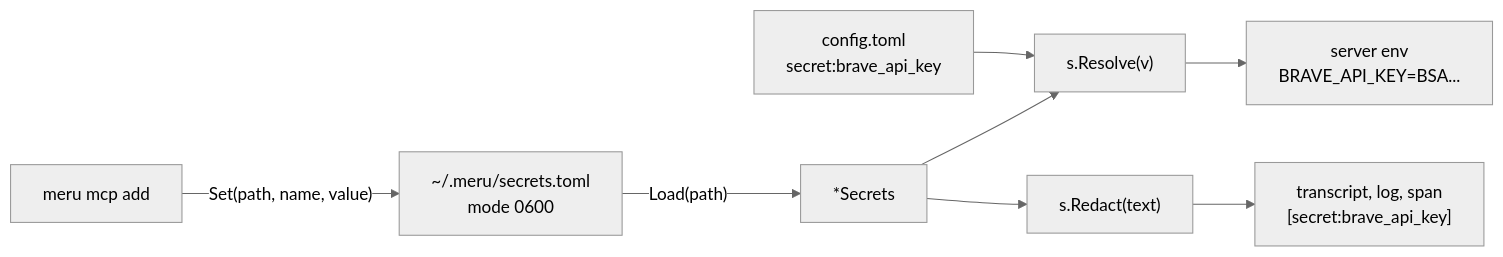
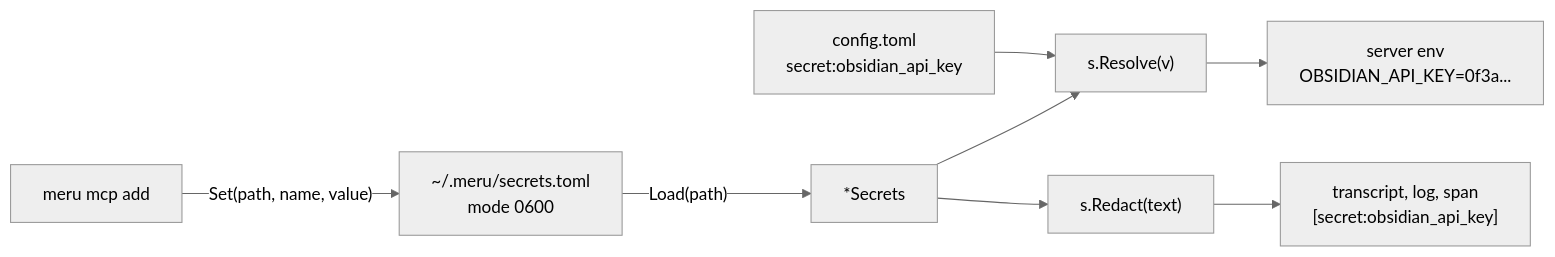
One commit to aarora79/meru changed the diagram in docs/coding-notes/secrets.md. Above: the diagram before and after it, drawn with Mermaid (neutral theme). The commit also changed other lines of this file and 51 other files, not shown here.

````diff
--- a/docs/coding-notes/secrets.md
+++ b/docs/coding-notes/secrets.md
@@ -32,10 +32,10 @@
 ```mermaid
 flowchart LR
     you["meru mcp add"] -- "Set(path, name, value)" --> file["~/.meru/secrets.toml<br/>mode 0600"]
     file -- "Load(path)" --> s["*Secrets"]
-    cfg["config.toml<br/>secret:brave_api_key"] --> r["s.Resolve(v)"]
+    cfg["config.toml<br/>secret:obsidian_api_key"] --> r["s.Resolve(v)"]
     s --> r
-    r --> child["server env<br/>BRAVE_API_KEY=BSA..."]
+    r --> child["server env<br/>OBSIDIAN_API_KEY=0f3a..."]
     s --> red["s.Redact(text)"]
-    red --> out["transcript, log, span<br/>[secret:brave_api_key]"]
+    red --> out["transcript, log, span<br/>[secret:obsidian_api_key]"]
 ```
````
